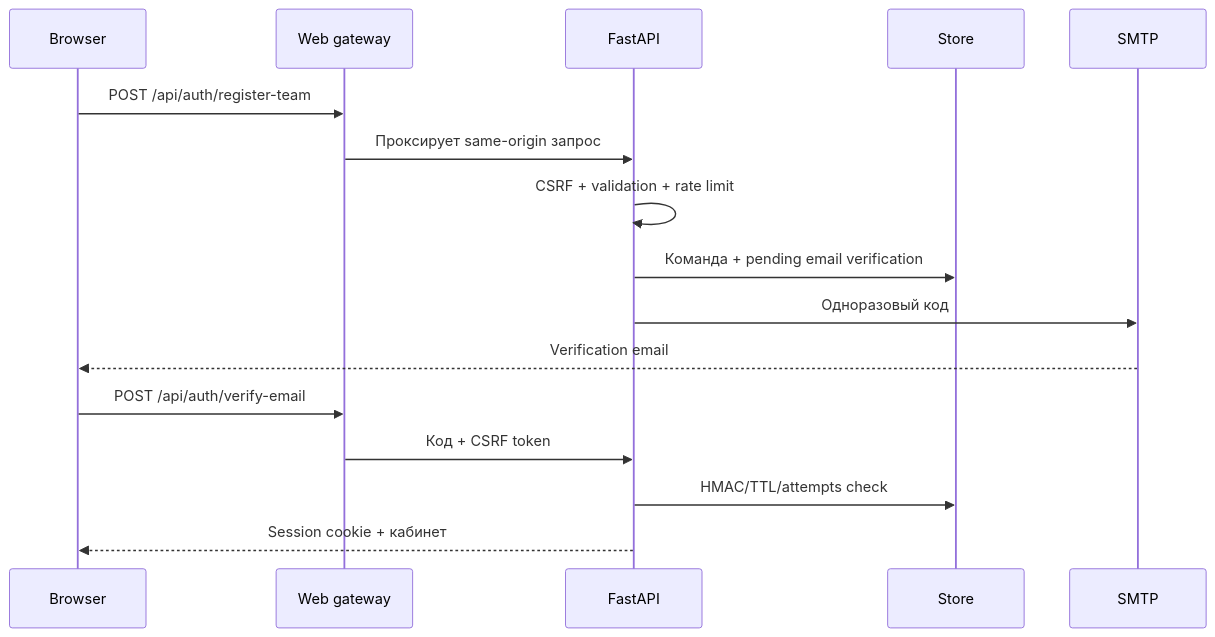
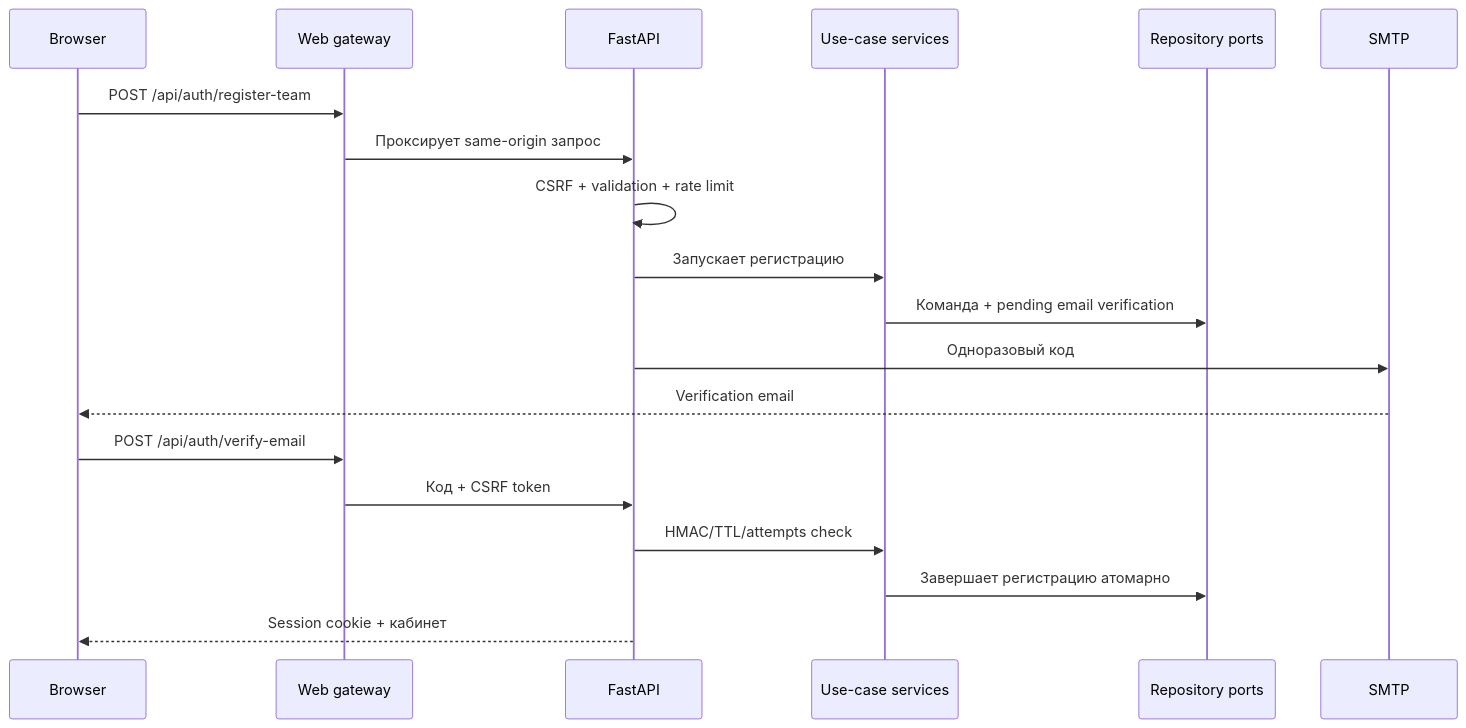
One commit to artemnoor/lug-2026 changed the second of 2 diagrams in ARCHITECTURE.md. Above: the diagram before and after it, drawn with Mermaid. The commit also changed other lines of this file and 49 other files, not shown here.

Commit message:
refactor: complete application architecture hardening

````diff
--- a/ARCHITECTURE.md
+++ b/ARCHITECTURE.md
@@ -51,19 +52,22 @@
 ```mermaid
 sequenceDiagram
     participant Browser
     participant Web as Web gateway
     participant API as FastAPI
-    participant Store
+    participant UseCase as Use-case services
+    participant Repo as Repository ports
     participant Mail as SMTP
 
     Browser->>Web: POST /api/auth/register-team
     Web->>API: Проксирует same-origin запрос
     API->>API: CSRF + validation + rate limit
-    API->>Store: Команда + pending email verification
+    API->>UseCase: Запускает регистрацию
+    UseCase->>Repo: Команда + pending email verification
     API->>Mail: Одноразовый код
     Mail-->>Browser: Verification email
     Browser->>Web: POST /api/auth/verify-email
     Web->>API: Код + CSRF token
-    API->>Store: HMAC/TTL/attempts check
+    API->>UseCase: HMAC/TTL/attempts check
+    UseCase->>Repo: Завершает регистрацию атомарно
     API-->>Browser: Session cookie + кабинет
 ```
````
